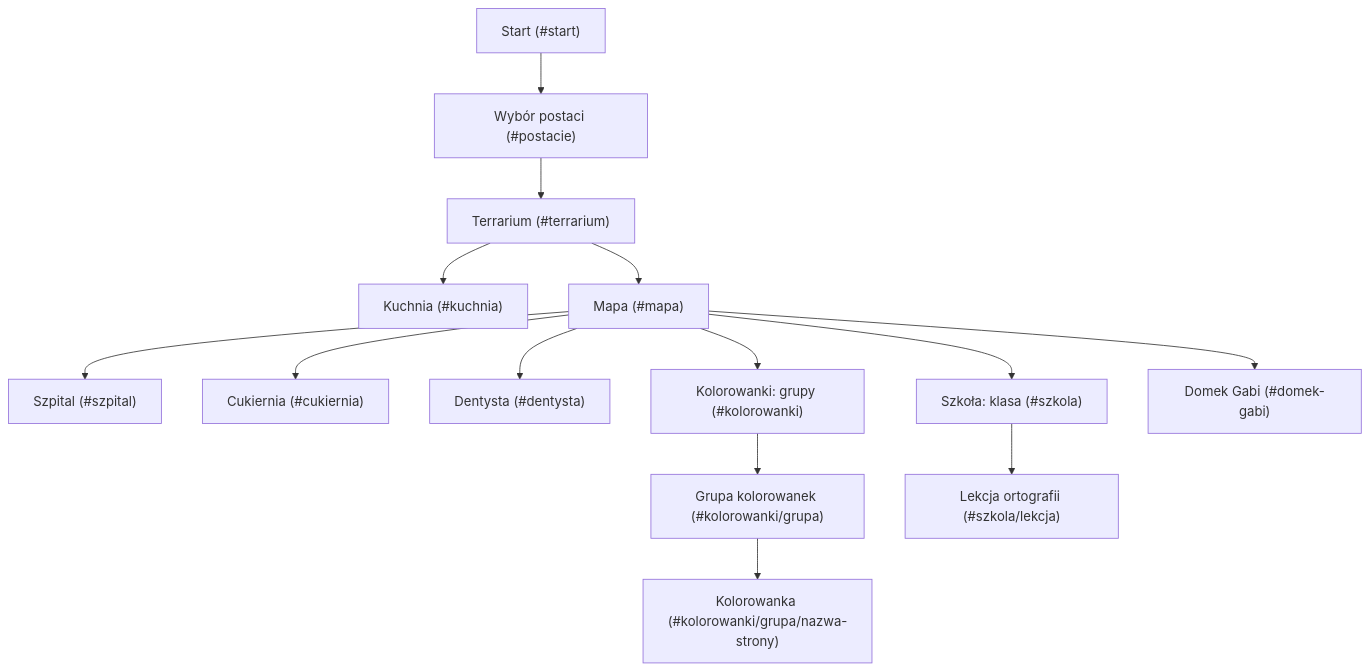
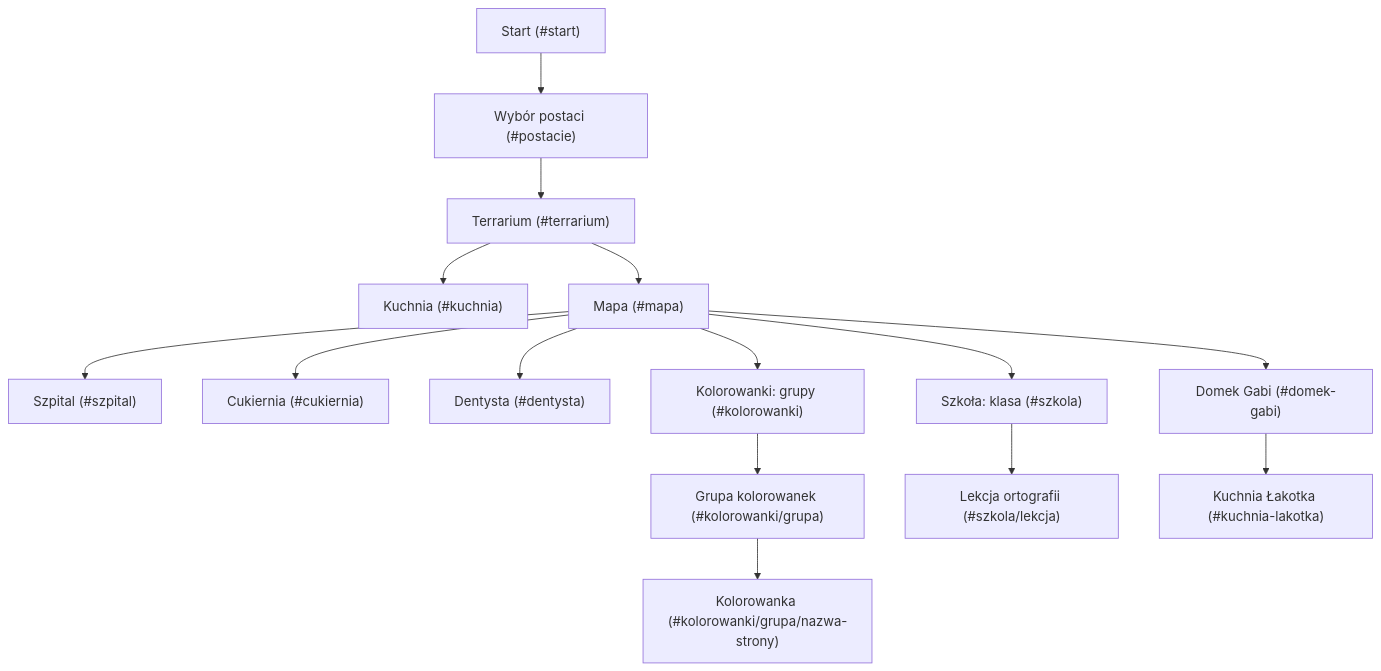
The diagram in README.md (matyldawarp/swiat-siostr), drawn with Mermaid before and after one commit. The commit also changed 5 other files, not shown here.

Commit message:
Kuchnia Lakotka w domku Gabi: piekarnik, tort z wisienkami, lodowka-kot

````diff
--- a/README.md
+++ b/README.md
@@ -29,16 +29,17 @@
 ```mermaid
 flowchart TD
     start["Start (#start)"] --> postacie["Wybór postaci (#postacie)"]
     postacie --> terrarium["Terrarium (#terrarium)"]
     terrarium --> kuchnia["Kuchnia (#kuchnia)"]
     terrarium --> mapa["Mapa (#mapa)"]
     mapa --> szpital["Szpital (#szpital)"]
     mapa --> cukiernia["Cukiernia (#cukiernia)"]
     mapa --> dentysta["Dentysta (#dentysta)"]
     mapa --> kolorowanki["Kolorowanki: grupy (#kolorowanki)"]
     kolorowanki --> grupa["Grupa kolorowanek (#kolorowanki/grupa)"]
     grupa --> strona["Kolorowanka (#kolorowanki/grupa/nazwa-strony)"]
     mapa --> szkola["Szkoła: klasa (#szkola)"]
     szkola --> lekcja["Lekcja ortografii (#szkola/lekcja)"]
     mapa --> gabi["Domek Gabi (#domek-gabi)"]
+    gabi --> lakotek["Kuchnia Łakotka (#kuchnia-lakotka)"]
 ```
````
